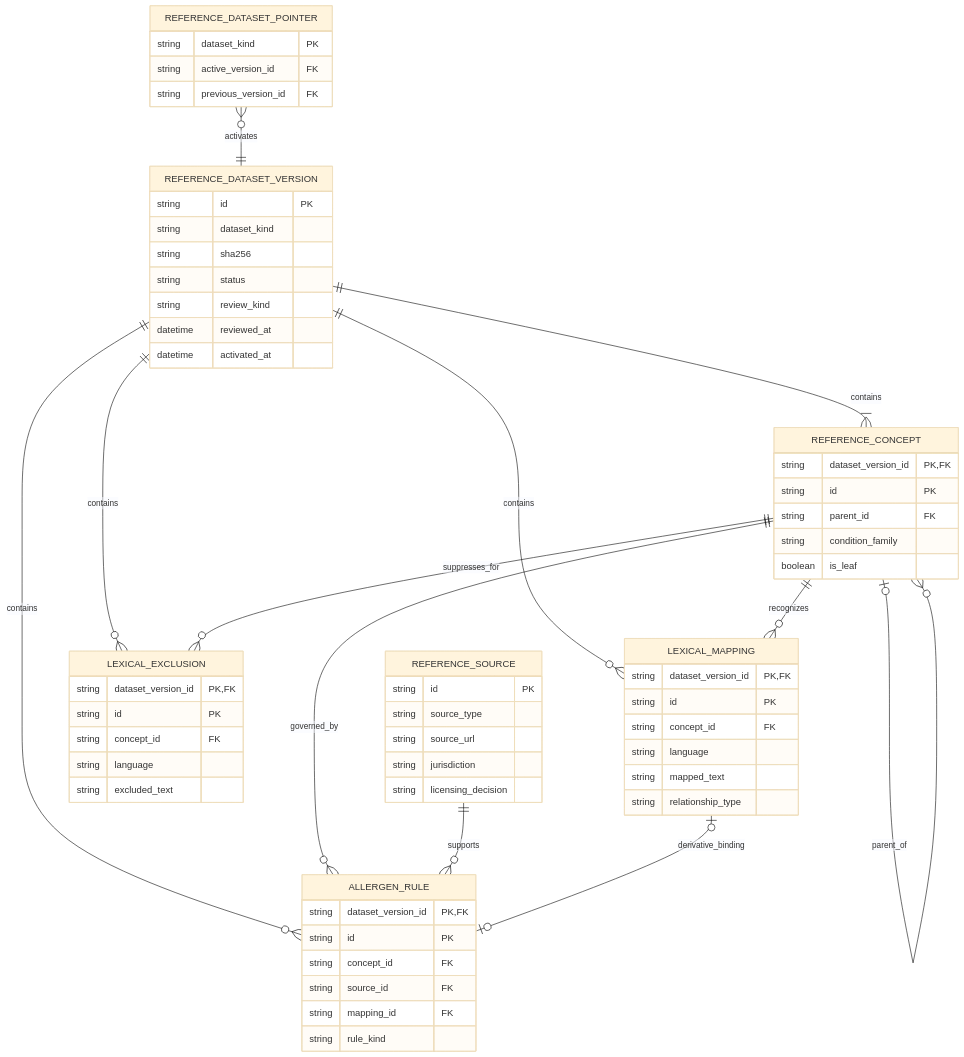
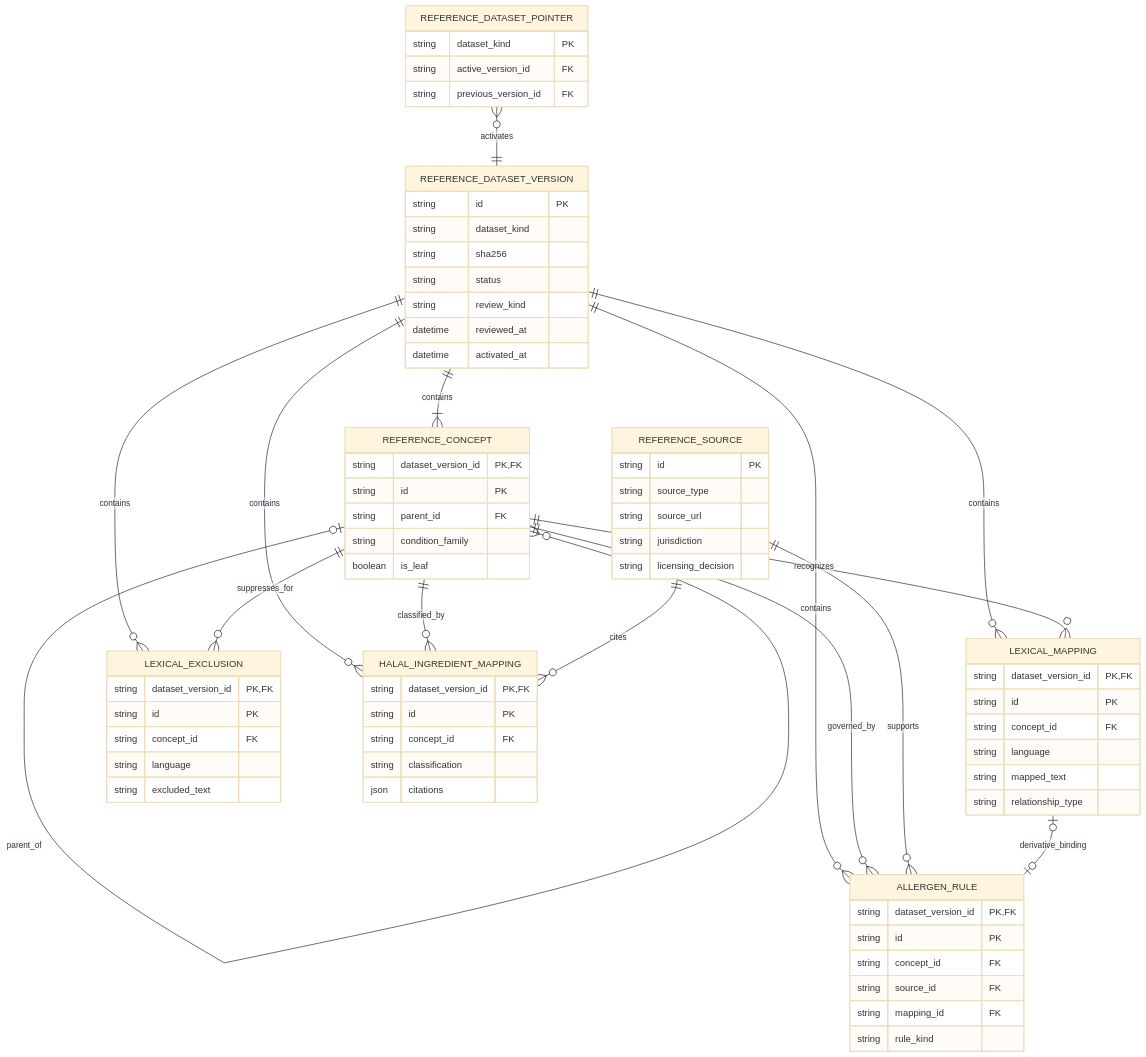
Before and after one commit to internetOnion/life-goods: the diagram in docs/diagrams/reference-dataset-data-model.mmd, drawn with Mermaid (base theme). The commit also changed 15 other files, not shown here.

Commit message:
feat: manage synthetic halal ingredient reference dataset versions (#69)

```diff
--- a/docs/diagrams/reference-dataset-data-model.mmd
+++ b/docs/diagrams/reference-dataset-data-model.mmd
@@ -1,65 +1,75 @@
 erDiagram
   REFERENCE_DATASET_VERSION ||--|{ REFERENCE_CONCEPT : contains
   REFERENCE_DATASET_VERSION ||--o{ LEXICAL_MAPPING : contains
   REFERENCE_DATASET_VERSION ||--o{ LEXICAL_EXCLUSION : contains
   REFERENCE_DATASET_VERSION ||--o{ ALLERGEN_RULE : contains
+  REFERENCE_DATASET_VERSION ||--o{ HALAL_INGREDIENT_MAPPING : contains
   REFERENCE_DATASET_POINTER }o--|| REFERENCE_DATASET_VERSION : activates
 
   REFERENCE_CONCEPT o|--o{ REFERENCE_CONCEPT : parent_of
   REFERENCE_CONCEPT ||--o{ LEXICAL_MAPPING : recognizes
   REFERENCE_CONCEPT ||--o{ LEXICAL_EXCLUSION : suppresses_for
   REFERENCE_CONCEPT ||--o{ ALLERGEN_RULE : governed_by
+  REFERENCE_CONCEPT ||--o{ HALAL_INGREDIENT_MAPPING : classified_by
   REFERENCE_SOURCE ||--o{ ALLERGEN_RULE : supports
+  REFERENCE_SOURCE ||--o{ HALAL_INGREDIENT_MAPPING : cites
   LEXICAL_MAPPING o|--o| ALLERGEN_RULE : derivative_binding
 
   REFERENCE_DATASET_VERSION {
     string id PK
     string dataset_kind
     string sha256
     string status
     string review_kind
     datetime reviewed_at
     datetime activated_at
   }
   REFERENCE_DATASET_POINTER {
     string dataset_kind PK
     string active_version_id FK
     string previous_version_id FK
   }
   REFERENCE_SOURCE {
     string id PK
     string source_type
     string source_url
     string jurisdiction
     string licensing_decision
   }
   REFERENCE_CONCEPT {
     string dataset_version_id PK,FK
     string id PK
     string parent_id FK
     string condition_family
     boolean is_leaf
   }
   LEXICAL_MAPPING {
     string dataset_version_id PK,FK
     string id PK
     string concept_id FK
     string language
     string mapped_text
     string relationship_type
   }
   LEXICAL_EXCLUSION {
     string dataset_version_id PK,FK
     string id PK
     string concept_id FK
     string language
     string excluded_text
   }
   ALLERGEN_RULE {
     string dataset_version_id PK,FK
     string id PK
     string concept_id FK
     string source_id FK
     string mapping_id FK
     string rule_kind
   }
+  HALAL_INGREDIENT_MAPPING {
+    string dataset_version_id PK,FK
+    string id PK
+    string concept_id FK
+    string classification
+    json citations
+  }
```
